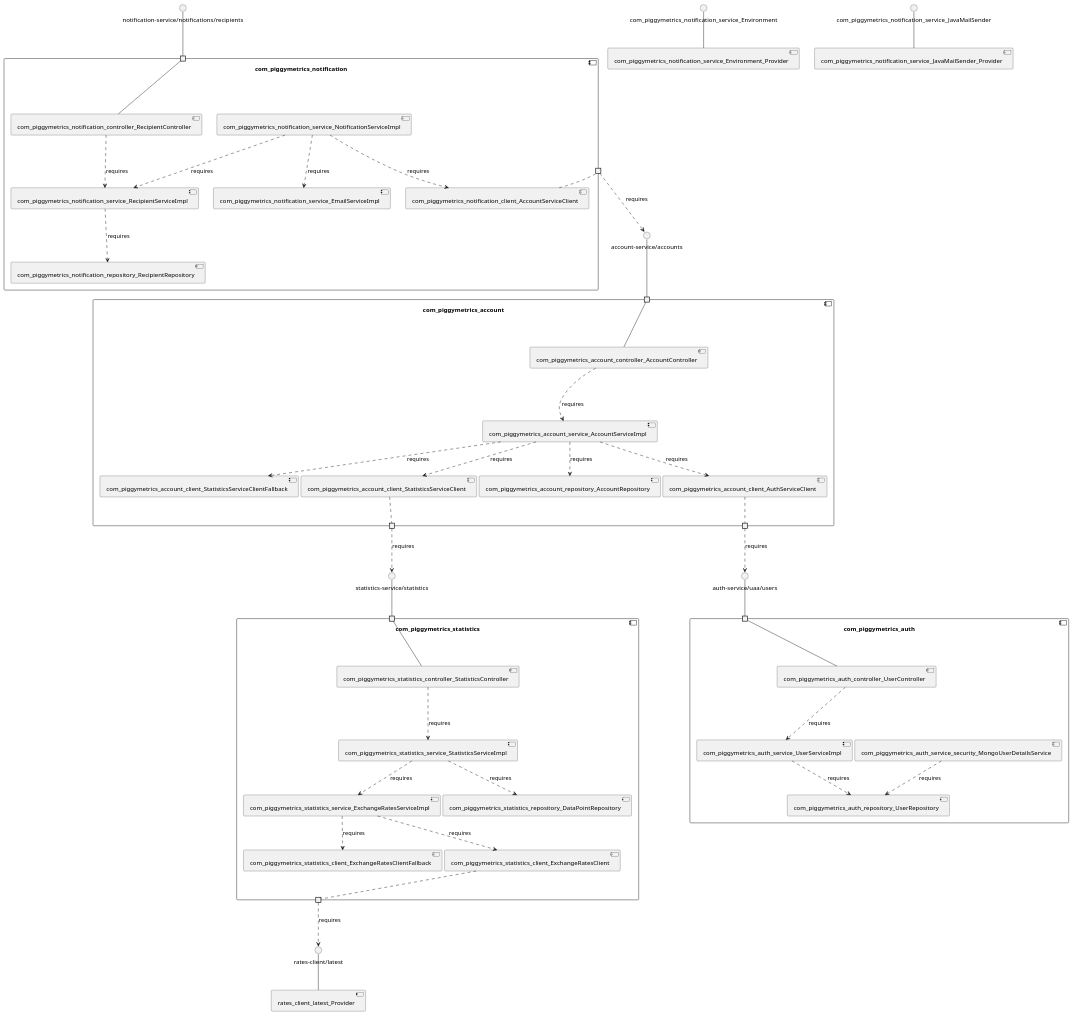
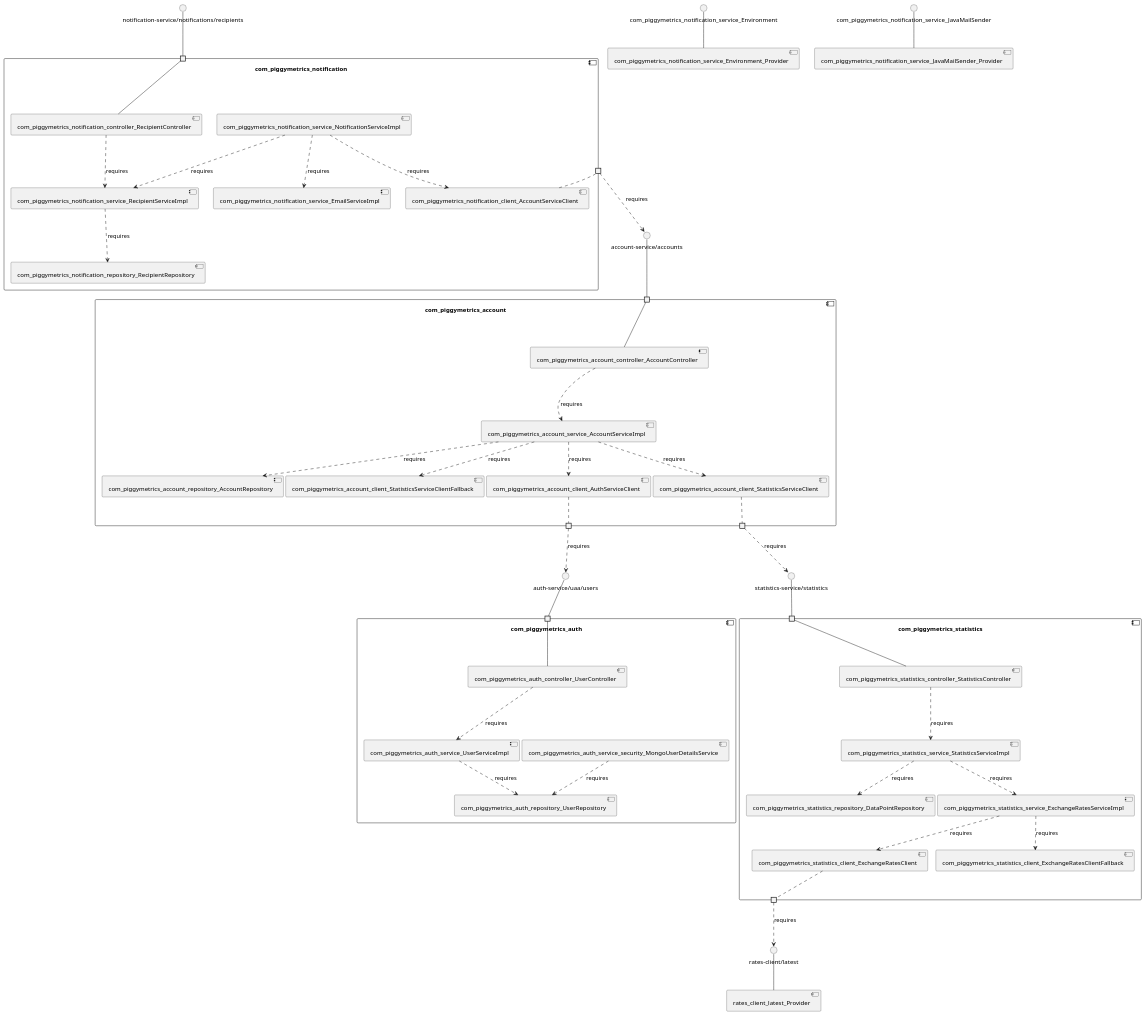
Before and after one commit to MSt-10/Palladio-ReverseEngineering-Benchmark: the diagram in sqshq-piggymetrics/model_re/uml/componentDiagram.puml, drawn with PlantUML. The commit also changed other lines of this file and 250 other files, not shown here.

```diff
--- a/sqshq-piggymetrics/model_re/uml/componentDiagram.puml
+++ b/sqshq-piggymetrics/model_re/uml/componentDiagram.puml
@@ -1,91 +1,91 @@
 @startuml
 skinparam fixCircleLabelOverlapping true
 skinparam componentStyle uml2
 component "com_piggymetrics_account\n\n\n\n\n\n" {
+[com_piggymetrics_account_controller_AccountController]
+[com_piggymetrics_account_service_AccountServiceImpl]
+[com_piggymetrics_account_client_AuthServiceClient]
 [com_piggymetrics_account_client_StatisticsServiceClient]
-[com_piggymetrics_account_service_AccountServiceImpl]
 [com_piggymetrics_account_repository_AccountRepository]
-[com_piggymetrics_account_client_AuthServiceClient]
 [com_piggymetrics_account_client_StatisticsServiceClientFallback]
-[com_piggymetrics_account_controller_AccountController]
 portin " " as com_piggymetrics_account_requires_account_service_accounts
+portout " " as com_piggymetrics_account_provides_auth_service_uaa_users
 portout " " as com_piggymetrics_account_provides_statistics_service_statistics
-portout " " as com_piggymetrics_account_provides_auth_service_uaa_users
 [com_piggymetrics_account_service_AccountServiceImpl]..>[com_piggymetrics_account_repository_AccountRepository] : requires
+[com_piggymetrics_account_controller_AccountController]..>[com_piggymetrics_account_service_AccountServiceImpl] : requires
+[com_piggymetrics_account_service_AccountServiceImpl]..>[com_piggymetrics_account_client_StatisticsServiceClientFallback] : requires
 [com_piggymetrics_account_service_AccountServiceImpl]..>[com_piggymetrics_account_client_StatisticsServiceClient] : requires
 [com_piggymetrics_account_service_AccountServiceImpl]..>[com_piggymetrics_account_client_AuthServiceClient] : requires
-[com_piggymetrics_account_service_AccountServiceImpl]..>[com_piggymetrics_account_client_StatisticsServiceClientFallback] : requires
-[com_piggymetrics_account_controller_AccountController]..>[com_piggymetrics_account_service_AccountServiceImpl] : requires
 "com_piggymetrics_account_requires_account_service_accounts"--[com_piggymetrics_account_controller_AccountController]
+[com_piggymetrics_account_client_AuthServiceClient].."com_piggymetrics_account_provides_auth_service_uaa_users"
 [com_piggymetrics_account_client_StatisticsServiceClient].."com_piggymetrics_account_provides_statistics_service_statistics"
-[com_piggymetrics_account_client_AuthServiceClient].."com_piggymetrics_account_provides_auth_service_uaa_users"
 }
 interface "account-service/accounts" as interface.account_service_accounts
 interface.account_service_accounts--"com_piggymetrics_account_requires_account_service_accounts"
 interface "auth-service/uaa/users" as interface.auth_service_uaa_users
 "com_piggymetrics_account_provides_auth_service_uaa_users"..>interface.auth_service_uaa_users : requires
 interface "statistics-service/statistics" as interface.statistics_service_statistics
 "com_piggymetrics_account_provides_statistics_service_statistics"..>interface.statistics_service_statistics : requires
 component "com_piggymetrics_auth\n\n\n\n\n\n" {
+[com_piggymetrics_auth_service_security_MongoUserDetailsService]
+[com_piggymetrics_auth_service_UserServiceImpl]
+[com_piggymetrics_auth_controller_UserController]
 [com_piggymetrics_auth_repository_UserRepository]
-[com_piggymetrics_auth_controller_UserController]
-[com_piggymetrics_auth_service_UserServiceImpl]
-[com_piggymetrics_auth_service_security_MongoUserDetailsService]
 portin " " as com_piggymetrics_auth_requires_auth_service_uaa_users
 [com_piggymetrics_auth_controller_UserController]..>[com_piggymetrics_auth_service_UserServiceImpl] : requires
 [com_piggymetrics_auth_service_UserServiceImpl]..>[com_piggymetrics_auth_repository_UserRepository] : requires
 [com_piggymetrics_auth_service_security_MongoUserDetailsService]..>[com_piggymetrics_auth_repository_UserRepository] : requires
 "com_piggymetrics_auth_requires_auth_service_uaa_users"--[com_piggymetrics_auth_controller_UserController]
 }
 interface "auth-service/uaa/users" as interface.auth_service_uaa_users
 interface.auth_service_uaa_users--"com_piggymetrics_auth_requires_auth_service_uaa_users"
 component "com_piggymetrics_notification\n\n\n\n\n\n" {
+[com_piggymetrics_notification_repository_RecipientRepository]
 [com_piggymetrics_notification_controller_RecipientController]
-[com_piggymetrics_notification_service_RecipientServiceImpl]
-[com_piggymetrics_notification_repository_RecipientRepository]
 [com_piggymetrics_notification_service_NotificationServiceImpl]
 [com_piggymetrics_notification_service_EmailServiceImpl]
+[com_piggymetrics_notification_service_RecipientServiceImpl]
 [com_piggymetrics_notification_client_AccountServiceClient]
 portin " " as com_piggymetrics_notification_requires_notification_service_notifications_recipients
 portout " " as com_piggymetrics_notification_provides_account_service_accounts
+[com_piggymetrics_notification_service_RecipientServiceImpl]..>[com_piggymetrics_notification_repository_RecipientRepository] : requires
+[com_piggymetrics_notification_service_NotificationServiceImpl]..>[com_piggymetrics_notification_service_EmailServiceImpl] : requires
 [com_piggymetrics_notification_controller_RecipientController]..>[com_piggymetrics_notification_service_RecipientServiceImpl] : requires
+[com_piggymetrics_notification_service_NotificationServiceImpl]..>[com_piggymetrics_notification_client_AccountServiceClient] : requires
 [com_piggymetrics_notification_service_NotificationServiceImpl]..>[com_piggymetrics_notification_service_RecipientServiceImpl] : requires
-[com_piggymetrics_notification_service_RecipientServiceImpl]..>[com_piggymetrics_notification_repository_RecipientRepository] : requires
-[com_piggymetrics_notification_service_NotificationServiceImpl]..>[com_piggymetrics_notification_client_AccountServiceClient] : requires
-[com_piggymetrics_notification_service_NotificationServiceImpl]..>[com_piggymetrics_notification_service_EmailServiceImpl] : requires
 "com_piggymetrics_notification_requires_notification_service_notifications_recipients"--[com_piggymetrics_notification_controller_RecipientController]
 [com_piggymetrics_notification_client_AccountServiceClient].."com_piggymetrics_notification_provides_account_service_accounts"
 }
 interface "notification-service/notifications/recipients" as interface.notification_service_notifications_recipients
 interface.notification_service_notifications_recipients--"com_piggymetrics_notification_requires_notification_service_notifications_recipients"
 interface "account-service/accounts" as interface.account_service_accounts
 "com_piggymetrics_notification_provides_account_service_accounts"..>interface.account_service_accounts : requires
 component "com_piggymetrics_statistics\n\n\n\n\n\n" {
+[com_piggymetrics_statistics_client_ExchangeRatesClient]
+[com_piggymetrics_statistics_client_ExchangeRatesClientFallback]
+[com_piggymetrics_statistics_service_StatisticsServiceImpl]
 [com_piggymetrics_statistics_controller_StatisticsController]
-[com_piggymetrics_statistics_client_ExchangeRatesClient]
 [com_piggymetrics_statistics_repository_DataPointRepository]
-[com_piggymetrics_statistics_service_StatisticsServiceImpl]
-[com_piggymetrics_statistics_client_ExchangeRatesClientFallback]
 [com_piggymetrics_statistics_service_ExchangeRatesServiceImpl]
 portin " " as com_piggymetrics_statistics_requires_statistics_service_statistics
 portout " " as com_piggymetrics_statistics_provides_rates_client_latest
-[com_piggymetrics_statistics_service_StatisticsServiceImpl]..>[com_piggymetrics_statistics_service_ExchangeRatesServiceImpl] : requires
+[com_piggymetrics_statistics_service_StatisticsServiceImpl]..>[com_piggymetrics_statistics_repository_DataPointRepository] : requires
 [com_piggymetrics_statistics_service_ExchangeRatesServiceImpl]..>[com_piggymetrics_statistics_client_ExchangeRatesClient] : requires
 [com_piggymetrics_statistics_controller_StatisticsController]..>[com_piggymetrics_statistics_service_StatisticsServiceImpl] : requires
 [com_piggymetrics_statistics_service_ExchangeRatesServiceImpl]..>[com_piggymetrics_statistics_client_ExchangeRatesClientFallback] : requires
-[com_piggymetrics_statistics_service_StatisticsServiceImpl]..>[com_piggymetrics_statistics_repository_DataPointRepository] : requires
+[com_piggymetrics_statistics_service_StatisticsServiceImpl]..>[com_piggymetrics_statistics_service_ExchangeRatesServiceImpl] : requires
 "com_piggymetrics_statistics_requires_statistics_service_statistics"--[com_piggymetrics_statistics_controller_StatisticsController]
 [com_piggymetrics_statistics_client_ExchangeRatesClient].."com_piggymetrics_statistics_provides_rates_client_latest"
 }
 interface "statistics-service/statistics" as interface.statistics_service_statistics
 interface.statistics_service_statistics--"com_piggymetrics_statistics_requires_statistics_service_statistics"
 interface "rates-client/latest" as interface.rates_client_latest
 "com_piggymetrics_statistics_provides_rates_client_latest"..>interface.rates_client_latest : requires
 interface "com_piggymetrics_notification_service_Environment" as interface.com_piggymetrics_notification_service_Environment
 interface.com_piggymetrics_notification_service_Environment--[com_piggymetrics_notification_service_Environment_Provider]
 interface "com_piggymetrics_notification_service_JavaMailSender" as interface.com_piggymetrics_notification_service_JavaMailSender
 interface.com_piggymetrics_notification_service_JavaMailSender--[com_piggymetrics_notification_service_JavaMailSender_Provider]
 interface "rates-client/latest" as interface.rates_client_latest
 interface.rates_client_latest--[rates_client_latest_Provider]
 
 @enduml
```
